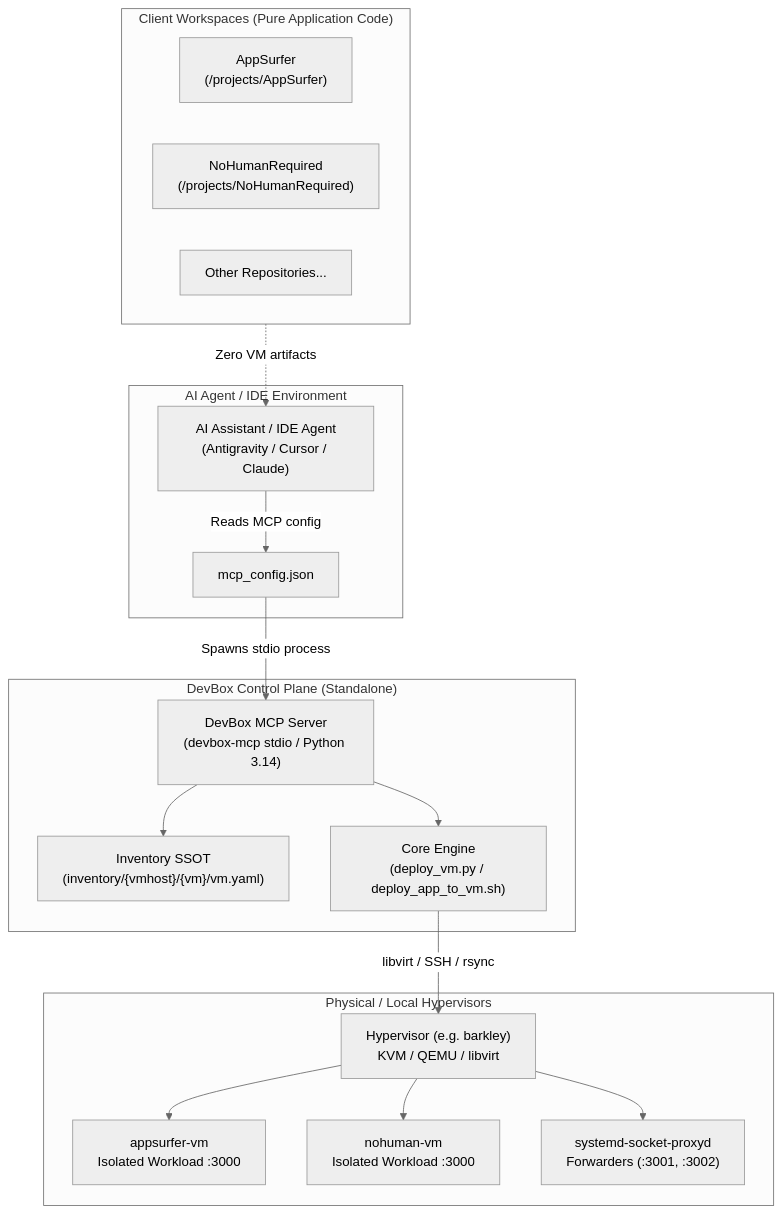
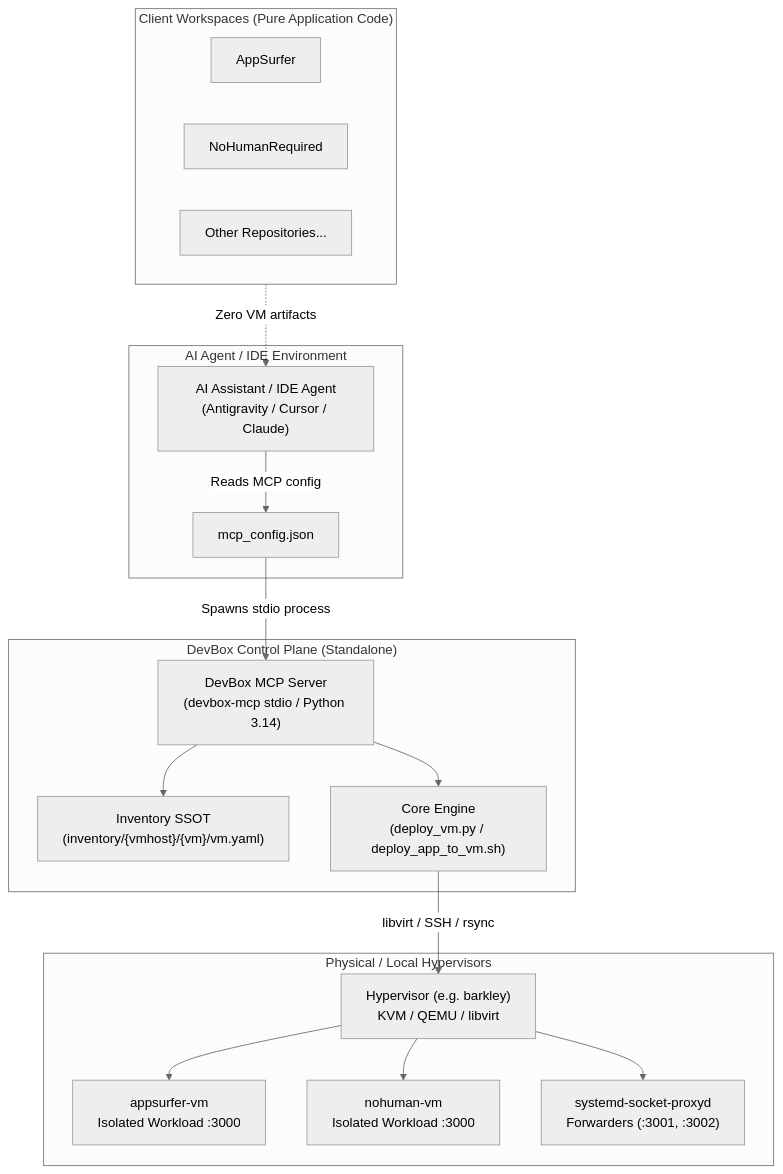
The diagram in docs/MCP_SERVER.md (simplybarter/AirlockVM), drawn with Mermaid (neutral theme) before and after one commit. The commit also changed other lines of this file and 2 other files, not shown here.

````diff
--- a/docs/MCP_SERVER.md
+++ b/docs/MCP_SERVER.md
@@ -13,36 +13,36 @@
 ```mermaid
 flowchart TD
     subgraph ClientProjects["Client Workspaces (Pure Application Code)"]
-        A["AppSurfer<br/>(/projects/AppSurfer)"]
-        B["NoHumanRequired<br/>(/projects/NoHumanRequired)"]
+        A["AppSurfer"]
+        B["NoHumanRequired"]
         C["Other Repositories..."]
     end
 
     subgraph AgentEnvironment["AI Agent / IDE Environment"]
         IDE["AI Assistant / IDE Agent<br/>(Antigravity / Cursor / Claude)"]
         Config["mcp_config.json"]
     end
 
     subgraph DevBoxControlPlane["DevBox Control Plane (Standalone)"]
         MCP["DevBox MCP Server<br/>(devbox-mcp stdio / Python 3.14)"]
         SSOT["Inventory SSOT<br/>(inventory/{vmhost}/{vm}/vm.yaml)"]
         Core["Core Engine<br/>(deploy_vm.py / deploy_app_to_vm.sh)"]
     end
 
     subgraph Hypervisors["Physical / Local Hypervisors"]
         Hyp["Hypervisor (e.g. barkley)<br/>KVM / QEMU / libvirt"]
         VM1["appsurfer-vm<br/>Isolated Workload :3000"]
         VM2["nohuman-vm<br/>Isolated Workload :3000"]
         Proxy["systemd-socket-proxyd<br/>Forwarders (:3001, :3002)"]
     end
 
     ClientProjects -.->|Zero VM artifacts| IDE
     IDE -->|Reads MCP config| Config
     Config -->|Spawns stdio process| MCP
     MCP --> SSOT
     MCP --> Core
     Core -->|libvirt / SSH / rsync| Hyp
     Hyp --> VM1
     Hyp --> VM2
     Hyp --> Proxy
 ```
````
